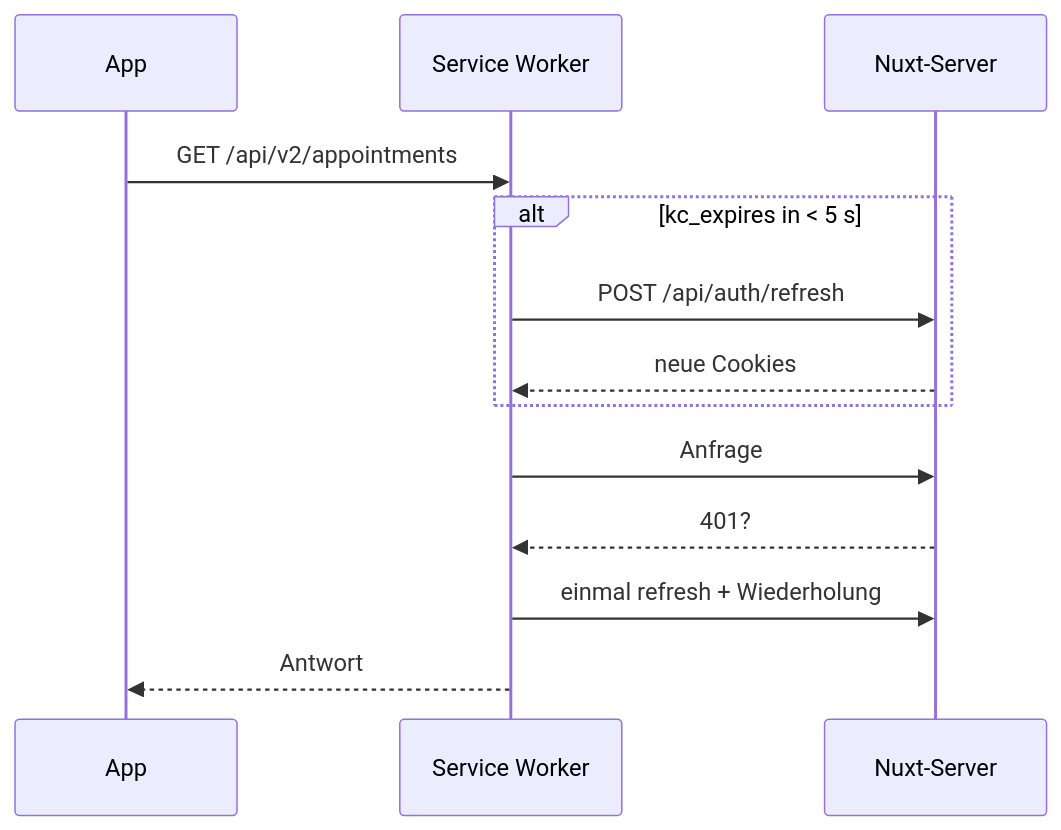
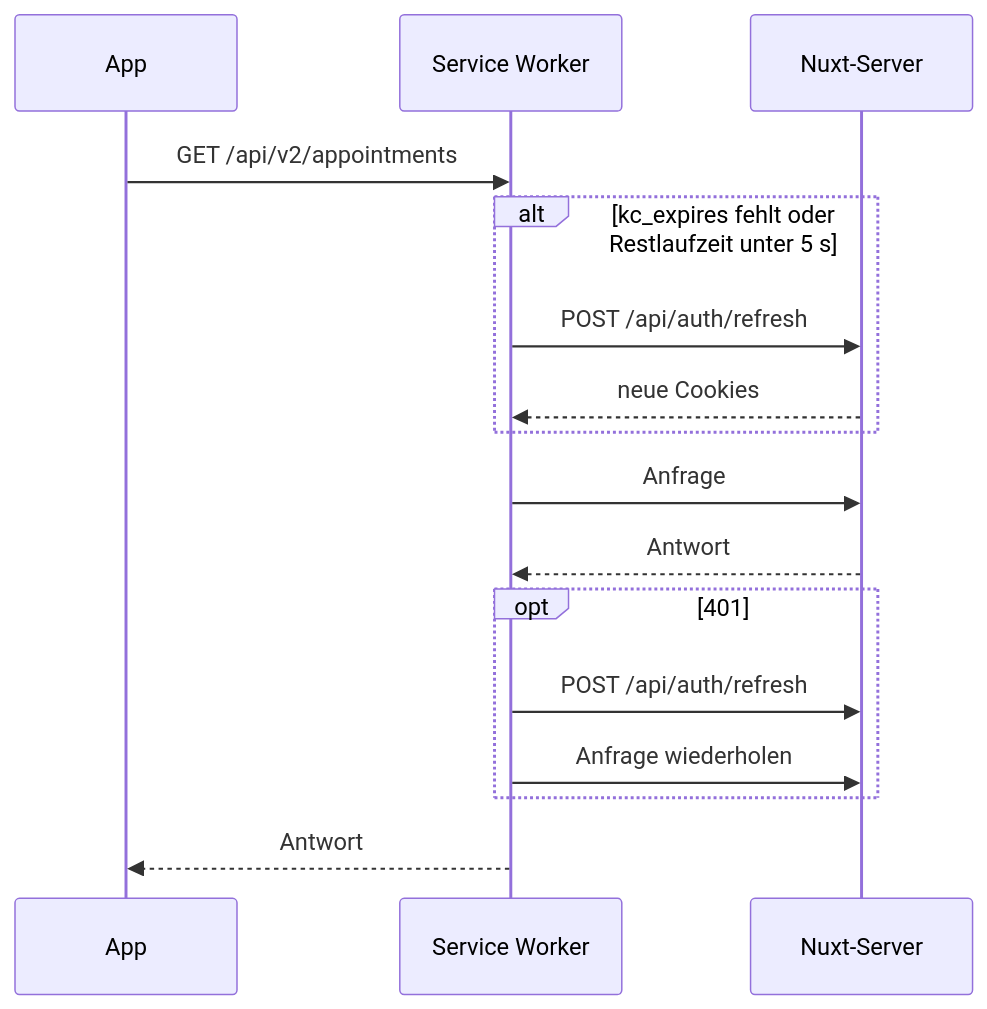
The diagram in docs/arc42/06-laufzeit/LZ-002-token-refresh.md (Silverminer007/chronos-root), drawn with Mermaid before and after one commit. The commit also changed other lines of this file and 561 other files, not shown here.

````diff
--- a/docs/arc42/06-laufzeit/LZ-002-token-refresh.md
+++ b/docs/arc42/06-laufzeit/LZ-002-token-refresh.md
@@ -13,15 +15,18 @@
 ```mermaid
 sequenceDiagram
   participant A as App
   participant SW as Service Worker
   participant N as Nuxt-Server
   A->>SW: GET /api/v2/appointments
-  alt kc_expires in < 5 s
+  alt kc_expires fehlt oder Restlaufzeit unter 5 s
     SW->>N: POST /api/auth/refresh
     N-->>SW: neue Cookies
   end
   SW->>N: Anfrage
-  N-->>SW: 401?
-  SW->>N: einmal refresh + Wiederholung
+  N-->>SW: Antwort
+  opt 401
+    SW->>N: POST /api/auth/refresh
+    SW->>N: Anfrage wiederholen
+  end
   SW-->>A: Antwort
 ```
````
